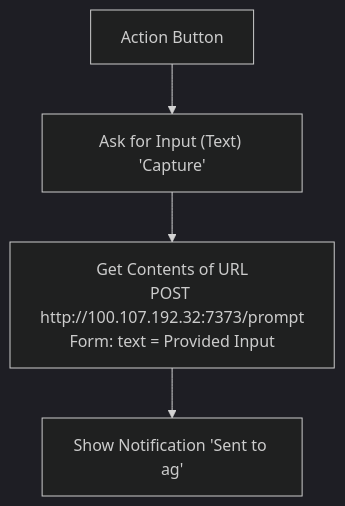
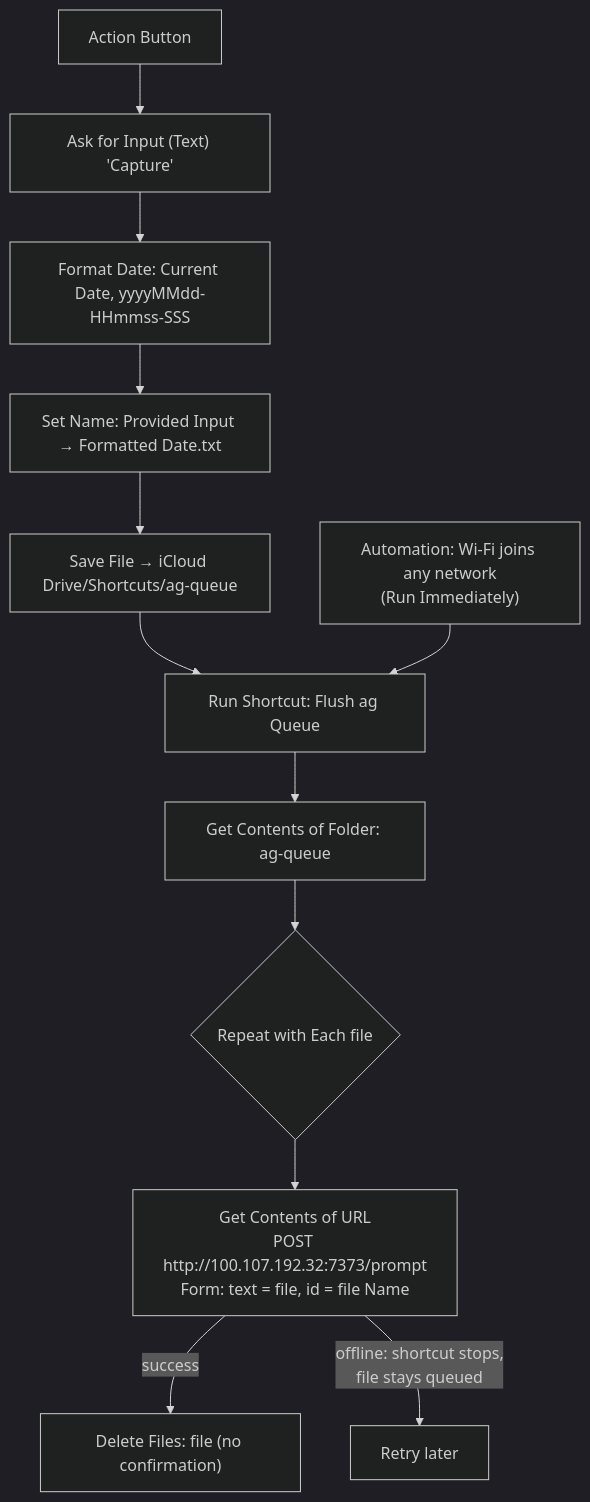
One commit to nathankoerschner/dotfiles changed the diagram in ios-shortcuts/capture-to-ag.md. Above: the diagram before and after it, drawn with Mermaid (dark theme). The commit also changed other lines of this file and 4 other files, not shown here.

````diff
--- a/ios-shortcuts/capture-to-ag.md
+++ b/ios-shortcuts/capture-to-ag.md
@@ -7,6 +12,15 @@
 ```mermaid
 flowchart TD
     A[Action Button] --> B["Ask for Input (Text) 'Capture'"]
-    B --> C["Get Contents of URL<br/>POST http://100.107.192.32:7373/prompt<br/>Form: text = Provided Input"]
-    C --> D["Show Notification 'Sent to ag'"]
+    B --> C["Format Date: Current Date, yyyyMMdd-HHmmss-SSS"]
+    C --> D["Set Name: Provided Input → Formatted Date.txt"]
+    D --> E["Save File → iCloud Drive/Shortcuts/ag-queue"]
+    E --> F["Run Shortcut: Flush ag Queue"]
+
+    W["Automation: Wi-Fi joins any network<br/>(Run Immediately)"] --> F
+    F --> G["Get Contents of Folder: ag-queue"]
+    G --> H{"Repeat with Each file"}
+    H --> I["Get Contents of URL<br/>POST http://100.107.192.32:7373/prompt<br/>Form: text = file, id = file Name"]
+    I -- "success" --> J["Delete Files: file (no confirmation)"]
+    I -- "offline: shortcut stops,<br/>file stays queued" --> K[Retry later]
 ```
````
